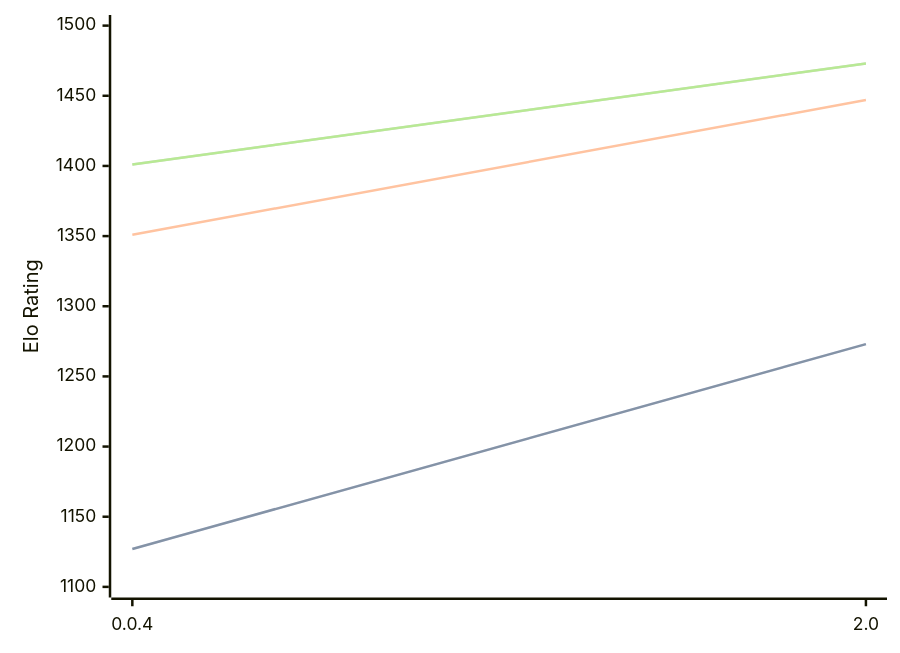
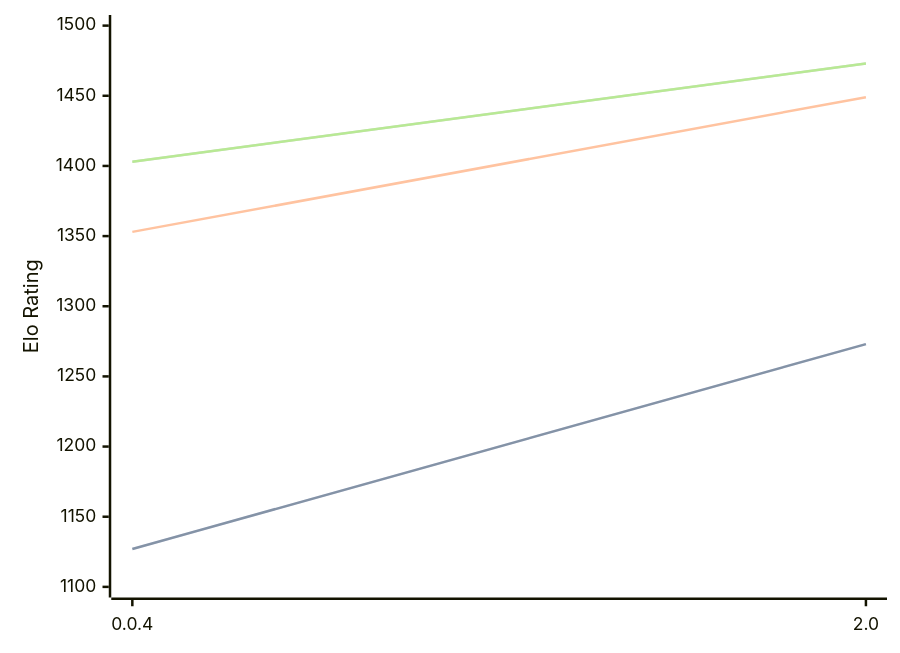
One commit to computer-chess-index/cci changed the diagram in engines/Oops!Mate.md. Above: the diagram before and after it, drawn with Mermaid. The commit also changed other lines of this file, not shown here.

Commit message:
Update CCI Ratings (ELO VLTC) - 2026-08-09

````diff
--- a/engines/Oops!Mate.md
+++ b/engines/Oops!Mate.md
@@ -33,11 +33,11 @@
 ```mermaid
 %%{init: {"theme":"base","themeVariables":{"seriesColors:['#a3a3a3','#222221','#faa371']}}}%%
 xychart-beta
   x-axis ["0.0.4", "2.0"]
   y-axis "Elo Rating" 1100 --> 1500
   line "STC (8.0+0.08s)" [1127, 1273]
   line "STC (8.0+0.08s)" [1127, 1273]
-  line "LTC (60.0+0.60s)" [1351, 1447]
-  line "VLTC (2m24s+1.12s)" [1401, 1473]
-  line "VLTC (2m24s+1.12s)" [1401, 1473]
+  line "LTC (60.0+0.60s)" [1353, 1449]
+  line "VLTC (2m24s+1.12s)" [1403, 1473]
+  line "VLTC (2m24s+1.12s)" [1403, 1473]
 ```
````
